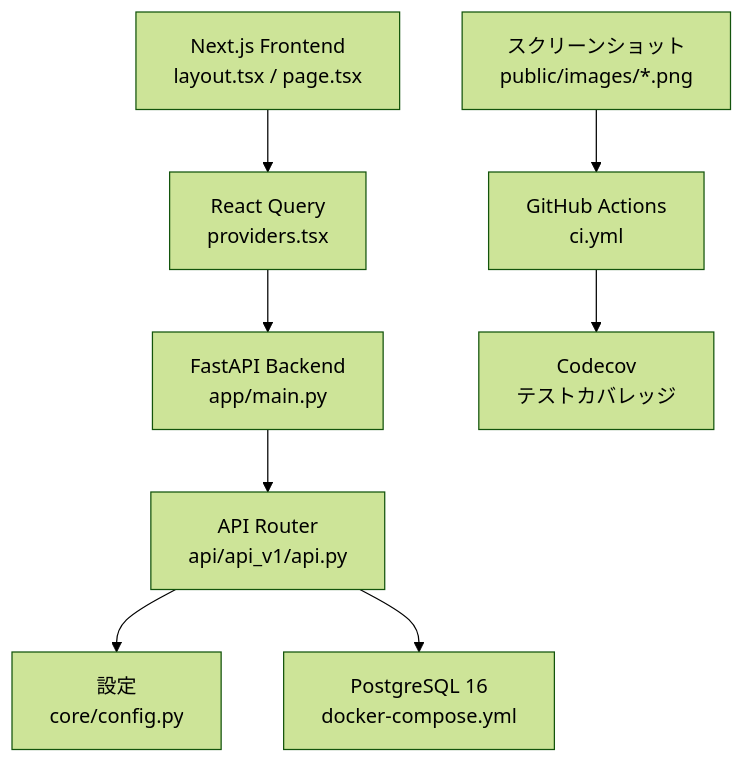
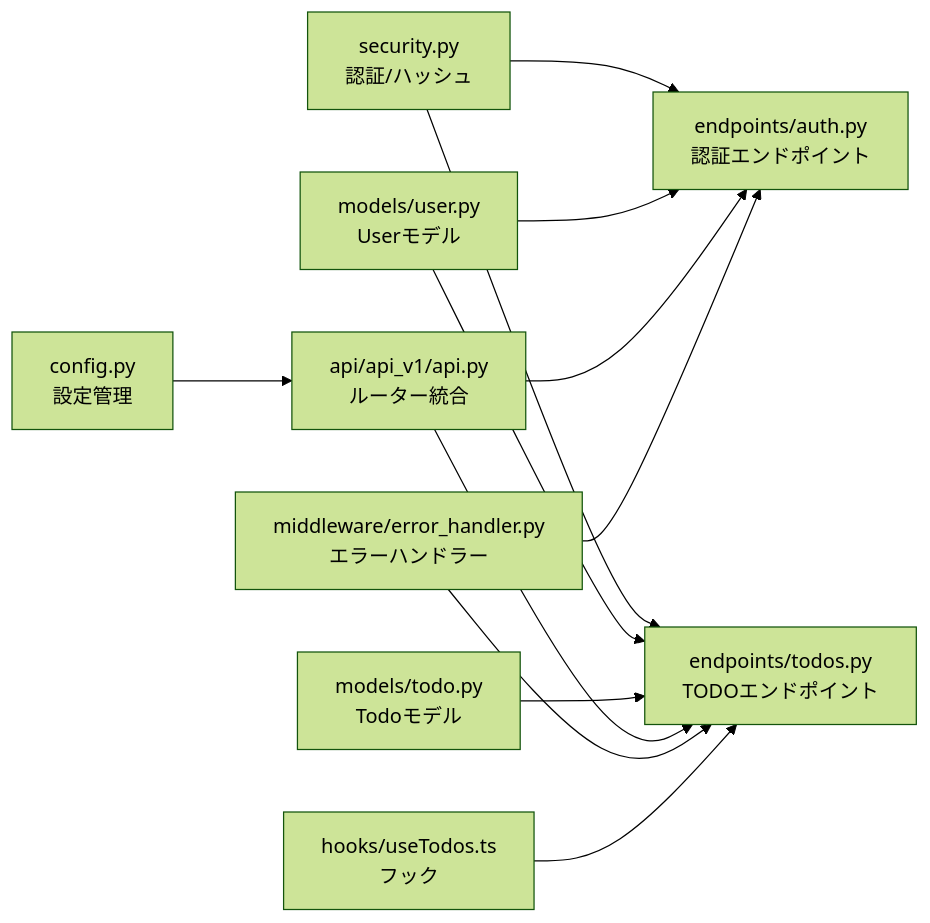
Before and after one commit to ss8806/Todos: the eighth of 8 diagrams in .qoder/repowiki/ja/content/プロジェクト概要.md, drawn with Mermaid (forest theme). The commit also changed other lines of this file and 25 other files, not shown here.

````diff
--- a/.qoder/repowiki/ja/content/プロジェクト概要.md
+++ b/.qoder/repowiki/ja/content/プロジェクト概要.md
@@ -166,19 +276,23 @@
 ```mermaid
-graph TB
-UI["Next.js Frontend<br/>layout.tsx / page.tsx"]
-QUERY["React Query<br/>providers.tsx"]
-API["FastAPI Backend<br/>app/main.py"]
-ROUTER["API Router<br/>api/api_v1/api.py"]
-DB["PostgreSQL 16<br/>docker-compose.yml"]
-CONF["設定<br/>core/config.py"]
-GHA["GitHub Actions<br/>ci.yml"]
-CODECOV["Codecov<br/>テストカバレッジ"]
-SCREENSHOT["スクリーンショット<br/>public/images/*.png"]
-UI --> QUERY
-QUERY --> API
-API --> ROUTER
-ROUTER --> CONF
-ROUTER --> DB
-GHA --> CODECOV
-SCREENSHOT --> GHA
+graph LR
+CFG["config.py<br/>設定管理"]
+SEC["security.py<br/>認証/ハッシュ"]
+MODU["models/user.py<br/>Userモデル"]
+MODT["models/todo.py<br/>Todoモデル"]
+RT["api/api_v1/api.py<br/>ルーター統合"]
+AUTH["endpoints/auth.py<br/>認証エンドポイント"]
+TODO["endpoints/todos.py<br/>TODOエンドポイント"]
+EH["middleware/error_handler.py<br/>エラーハンドラー"]
+HOOK["hooks/useTodos.ts<br/>フック"]
+CFG --> RT
+SEC --> AUTH
+SEC --> TODO
+MODU --> AUTH
+MODU --> TODO
+MODT --> TODO
+RT --> AUTH
+RT --> TODO
+EH --> AUTH
+EH --> TODO
+HOOK --> TODO
 ```
````
